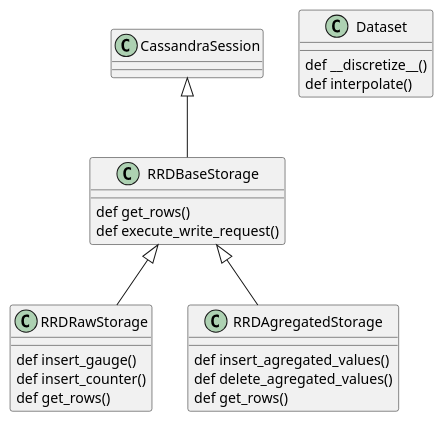
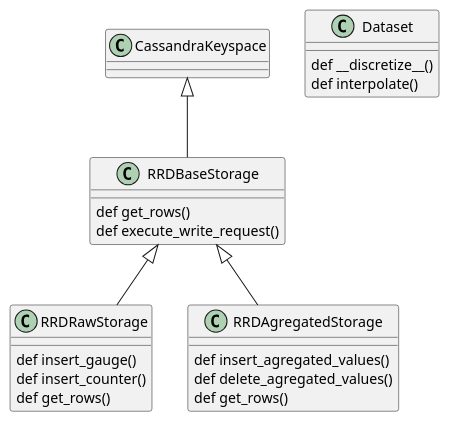
Before and after one commit to pascalberinguie/castor: the third of 7 diagrams in readme.md, drawn with PlantUML. The commit also changed other lines of this file, not shown here.

````diff
--- a/readme.md
+++ b/readme.md
@@ -229,28 +229,28 @@
 ```plantuml
-CassandraSession <|-- RRDBaseStorage
+CassandraKeyspace <|-- RRDBaseStorage
 RRDBaseStorage <|-- RRDRawStorage
 RRDBaseStorage <|-- RRDAgregatedStorage
 
 class RRDBaseStorage{
     def get_rows()
     def execute_write_request()
 }
 
 
 class RRDRawStorage{
     def insert_gauge()
     def insert_counter()
     def get_rows()
 }
 
 class RRDAgregatedStorage{
     def insert_agregated_values()
     def delete_agregated_values()
     def get_rows()
 }
 
 class Dataset{
     def __discretize__()
     def interpolate()
 }
 ```
````
